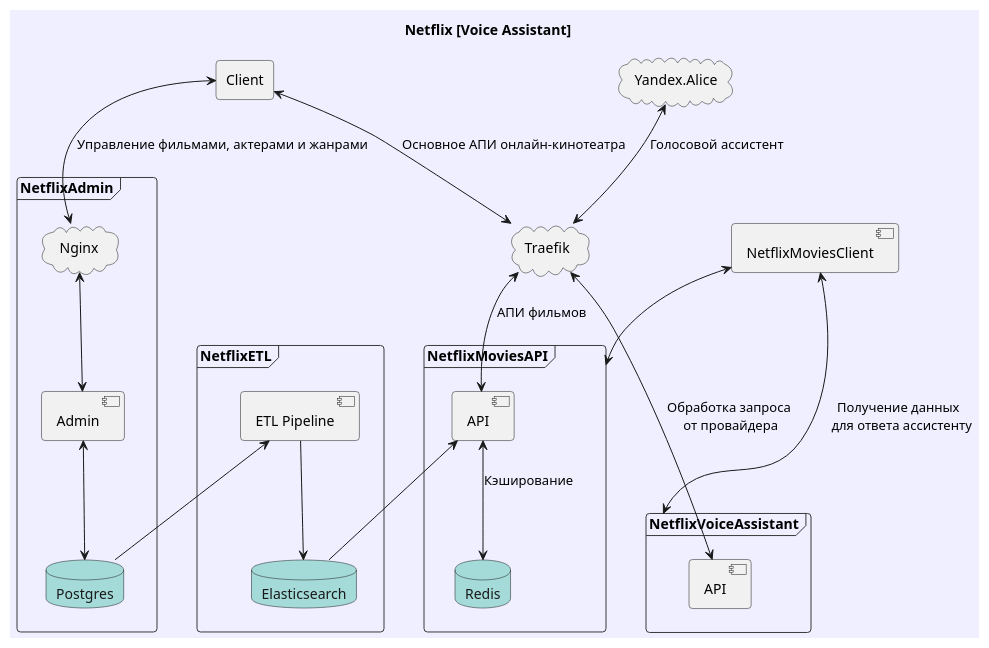
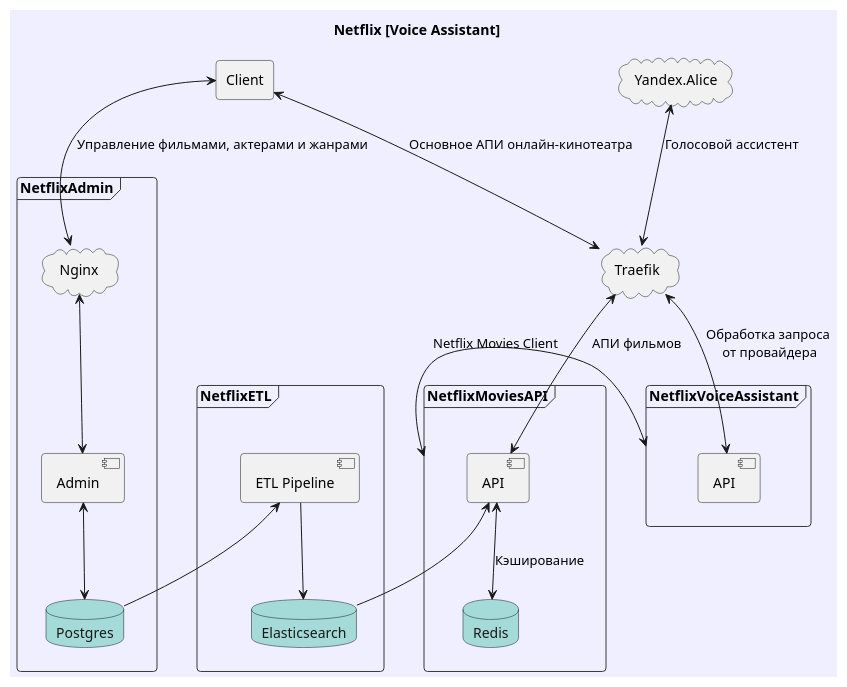
The diagram in docs/diagrams/index.puml (ReznikovRoman/netflix-voice-assistant), drawn with PlantUML before and after one commit. The commit also changed 1 other file, not shown here.

Commit message:
#11: docs: update UML diagram

```diff
--- a/docs/diagrams/index.puml
+++ b/docs/diagrams/index.puml
@@ -1,60 +1,56 @@
 @startuml
 !theme mars
 skinparam componentStyle uml2
 skinparam defaultFontName Segoe UI
 skinparam backgroundColor motivation
 
 title Netflix [Voice Assistant]
 
 agent "Client" as base_client
 cloud "Traefik" as base_traefik
 
 cloud "Yandex.Alice" as yandex_provider_voice_assistant
 
 frame NetflixAdmin {
     cloud "Nginx" as nginx_admin
     component "Admin" as admin_admin
     database "Postgres" as postgres_admin
 
     nginx_admin <-down-> admin_admin
     admin_admin <-down-> postgres_admin
 }
 
 frame NetflixETL {
     database "Elasticsearch" as elasticsearch_etl
     component "ETL Pipeline" as etl_pipeline
 
     etl_pipeline <-down- postgres_admin
     etl_pipeline -down-> elasticsearch_etl
 }
 
 frame NetflixMoviesAPI {
     component "API" as api_movies
     database "Redis" as redis_movies
 
     api_movies <-up-> base_traefik: "АПИ фильмов"
     api_movies <-down- elasticsearch_etl
     api_movies <-down-> redis_movies: "Кэширование"
 }
 
 frame NetflixVoiceAssistant {
     component "API" as api_voice_assistant
 
     api_voice_assistant <-up-> base_traefik: "Обработка запроса\n от провайдера"
 }
 
-component NetflixMoviesClient
-
 yandex_provider_voice_assistant <-down-> base_traefik: "Голосовой ассистент"
-
-NetflixMoviesAPI <-up-> NetflixMoviesClient
 
 base_client <-down-> nginx_admin: "Управление фильмами, актерами и жанрами"
 base_client <-down-> base_traefik: "Основное АПИ онлайн-кинотеатра"
 
-NetflixMoviesClient <-down-> NetflixVoiceAssistant: "Получение данных \n для ответа ассистенту"
+NetflixMoviesAPI <-left-> NetflixVoiceAssistant: "Netflix Movies Client"
 
 NetflixAdmin -[hidden]-> NetflixETL
 NetflixETL -[hidden]-> NetflixMoviesAPI
 NetflixMoviesAPI -[hidden]-> NetflixVoiceAssistant
 @enduml
```
